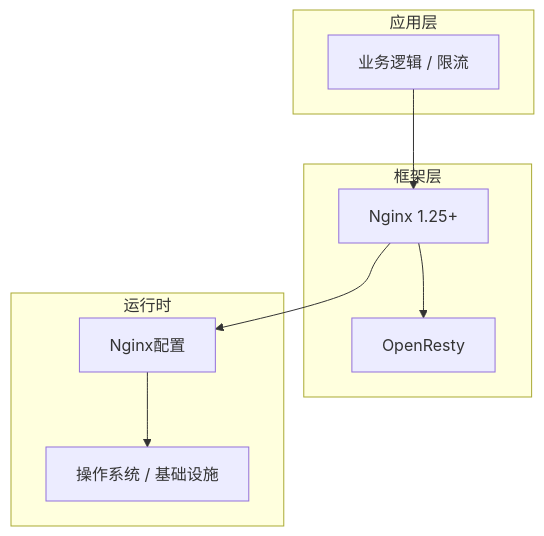
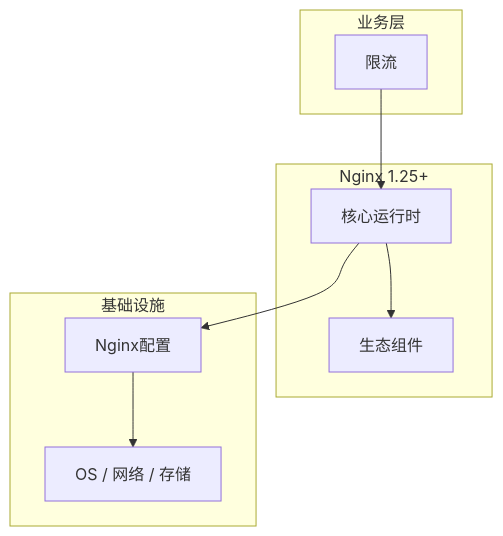
Before and after one commit to yanggan2015/knowledge-json-v2: the diagram in articles/Nginx/chapters/056-限流核心概念与原理.md, drawn with Mermaid. The commit also changed other lines of this file and 10127 other files, not shown here.

````diff
--- a/articles/Nginx/chapters/056-限流核心概念与原理.md
+++ b/articles/Nginx/chapters/056-限流核心概念与原理.md
@@ -45,18 +34,18 @@
 ```mermaid
 graph TB
-    subgraph 应用层
-        A[业务逻辑 / 限流]
+    subgraph 业务层
+        A[限流]
     end
-    subgraph 框架层
-        B[Nginx 1.25+]
-        C[OpenResty]
+    subgraph Nginx 1.25+
+        B[核心运行时]
+        C[生态组件]
     end
-    subgraph 运行时
+    subgraph 基础设施
         D[Nginx配置]
-        E[操作系统 / 基础设施]
+        E[OS / 网络 / 存储]
     end
     A --> B
     B --> C
     B --> D
     D --> E
 ```
````
